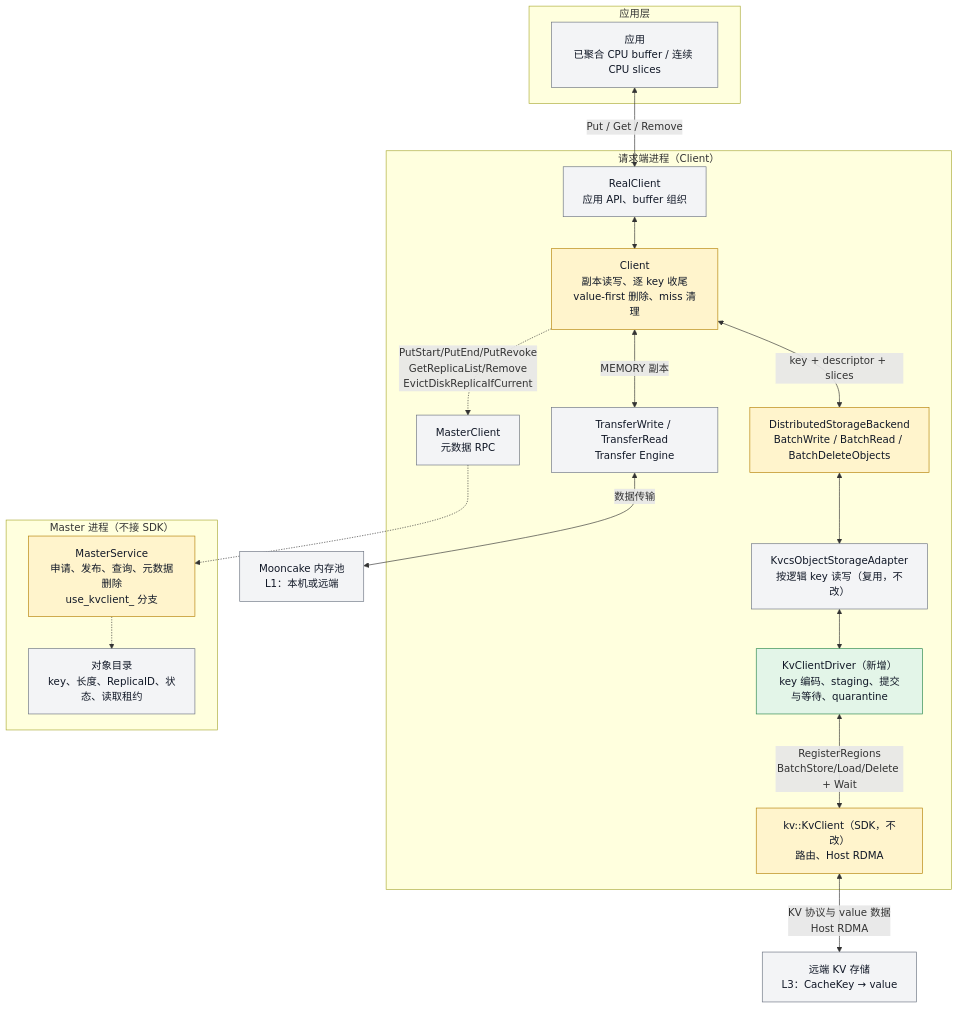
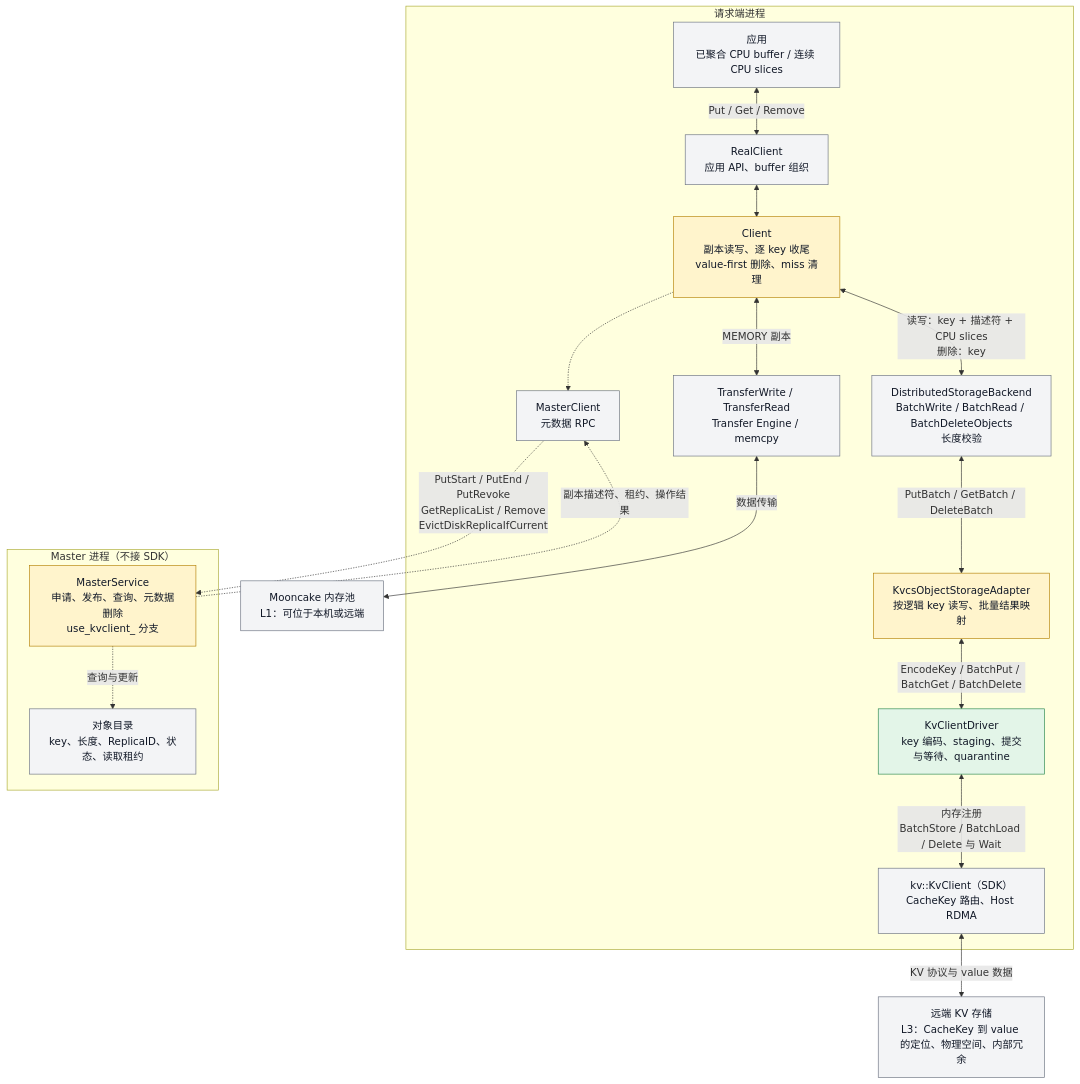
Before and after one commit to zwj20000328-dotcom/Mooncake-documents: the first of 13 diagrams in Mooncake + KVClient L3 接入（Kvcs）- v3.md, drawn with Mermaid. The commit also changed other lines of this file, not shown here.

Commit message:
modified：Mooncake + KVClient L3 接入（Kvcs）- v3.md

````diff
--- a/Mooncake + KVClient L3 接入（Kvcs）- v3.md
+++ b/Mooncake + KVClient L3 接入（Kvcs）- v3.md
@@ -110,45 +112,45 @@
 ```mermaid
 flowchart TB
-    subgraph App["应用层"]
+    subgraph Request["请求端进程"]
         A["应用<br/>已聚合 CPU buffer / 连续 CPU slices"]
-    end
-
-    subgraph ClientProc["请求端进程（Client）"]
         R["RealClient<br/>应用 API、buffer 组织"]
         C["Client<br/>副本读写、逐 key 收尾<br/>value-first 删除、miss 清理"]
         RPC["MasterClient<br/>元数据 RPC"]
-        TE["TransferWrite / TransferRead<br/>Transfer Engine"]
-        B["DistributedStorageBackend<br/>BatchWrite / BatchRead / BatchDeleteObjects"]
-        O["KvcsObjectStorageAdapter<br/>按逻辑 key 读写（复用，不改）"]
-        D["KvClientDriver（新增）<br/>key 编码、staging、提交与等待、quarantine"]
-        SDK["kv::KvClient（SDK，不改）<br/>路由、Host RDMA"]
+        TE["TransferWrite / TransferRead<br/>Transfer Engine / memcpy"]
+        B["DistributedStorageBackend<br/>BatchWrite / BatchRead / BatchDeleteObjects<br/>长度校验"]
+        O["KvcsObjectStorageAdapter<br/>按逻辑 key 读写、批量结果映射"]
+        D["KvClientDriver<br/>key 编码、staging、提交与等待、quarantine"]
+        SDK["kv::KvClient（SDK）<br/>CacheKey 路由、Host RDMA"]
+
+        A <-->|"Put / Get / Remove"| R
+        R <--> C
+        C -.-> RPC
+        C <-->|"MEMORY 副本"| TE
+        C <-->|"读写：key + 描述符 + CPU slices<br/>删除：key"| B
+        B <-->|"PutBatch / GetBatch / DeleteBatch"| O
+        O <-->|"EncodeKey / BatchPut / BatchGet / BatchDelete"| D
+        D <-->|"内存注册<br/>BatchStore / BatchLoad / Delete 与 Wait"| SDK
     end
 
-    subgraph MasterProc["Master 进程（不接 SDK）"]
+    subgraph Master["Master 进程（不接 SDK）"]
         M["MasterService<br/>申请、发布、查询、元数据删除<br/>use_kvclient_ 分支"]
         META["对象目录<br/>key、长度、ReplicaID、状态、读取租约"]
+
+        M -.->|"查询与更新"| META
     end
 
-    RAM["Mooncake 内存池<br/>L1：本机或远端"]
-    S["远端 KV 存储<br/>L3：CacheKey → value"]
+    RAM["Mooncake 内存池<br/>L1：可位于本机或远端"]
+    S["远端 KV 存储<br/>L3：CacheKey 到 value 的定位、物理空间、内部冗余"]
 
-    A <-->|"Put / Get / Remove"| R
-    R <--> C
-    C -.->|"PutStart/PutEnd/PutRevoke<br/>GetReplicaList/Remove<br/>EvictDiskReplicaIfCurrent"| RPC
-    RPC -.-> M
-    M -.-> META
-    C <-->|"MEMORY 副本"| TE
+    RPC -.->|"PutStart / PutEnd / PutRevoke<br/>GetReplicaList / Remove<br/>EvictDiskReplicaIfCurrent"| M
+    M -.->|"副本描述符、租约、操作结果"| RPC
     TE <-->|"数据传输"| RAM
-    C <-->|"key + descriptor + slices"| B
-    B <--> O
-    O <--> D
-    D <-->|"RegisterRegions<br/>BatchStore/Load/Delete + Wait"| SDK
-    SDK <-->|"KV 协议与 value 数据<br/>Host RDMA"| S
+    SDK <-->|"KV 协议与 value 数据"| S
 
     classDef existing fill:#f3f4f6,stroke:#6b7280,color:#111827;
     classDef changed fill:#fff4cc,stroke:#b58105,color:#111827;
     classDef added fill:#e3f5e8,stroke:#28864b,color:#111827;
-    class A,R,RPC,TE,O,META,RAM,S existing;
-    class C,B,M,SDK changed;
+    class A,R,RPC,TE,B,META,RAM,S,SDK existing;
+    class C,O,M changed;
     class D added;
 ```
````
